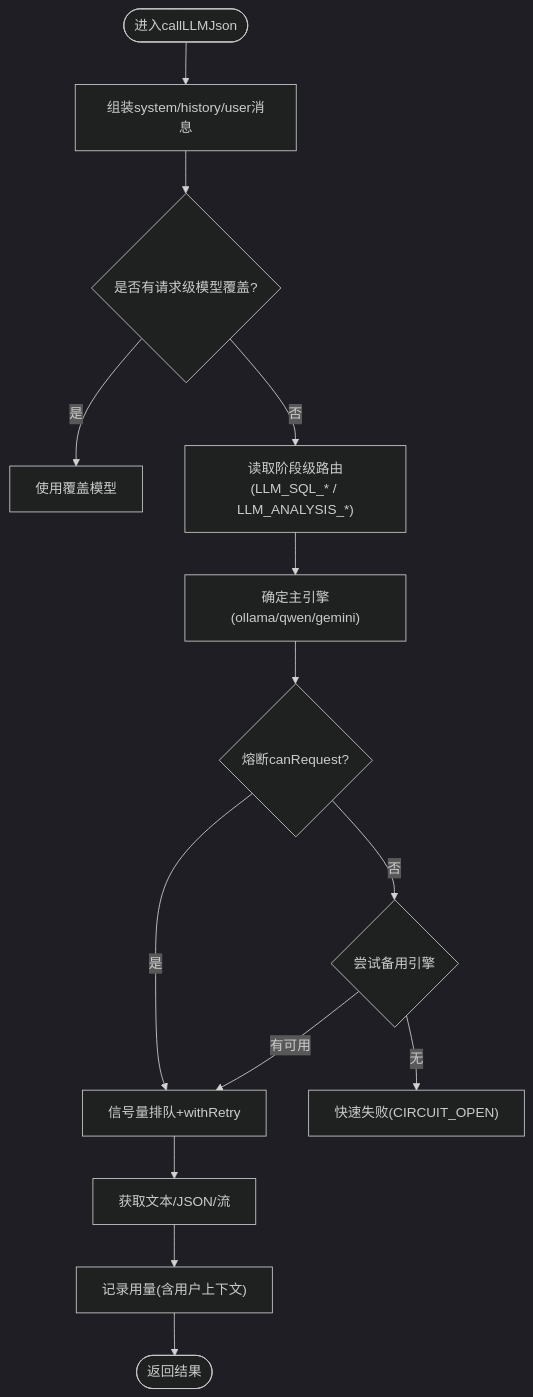
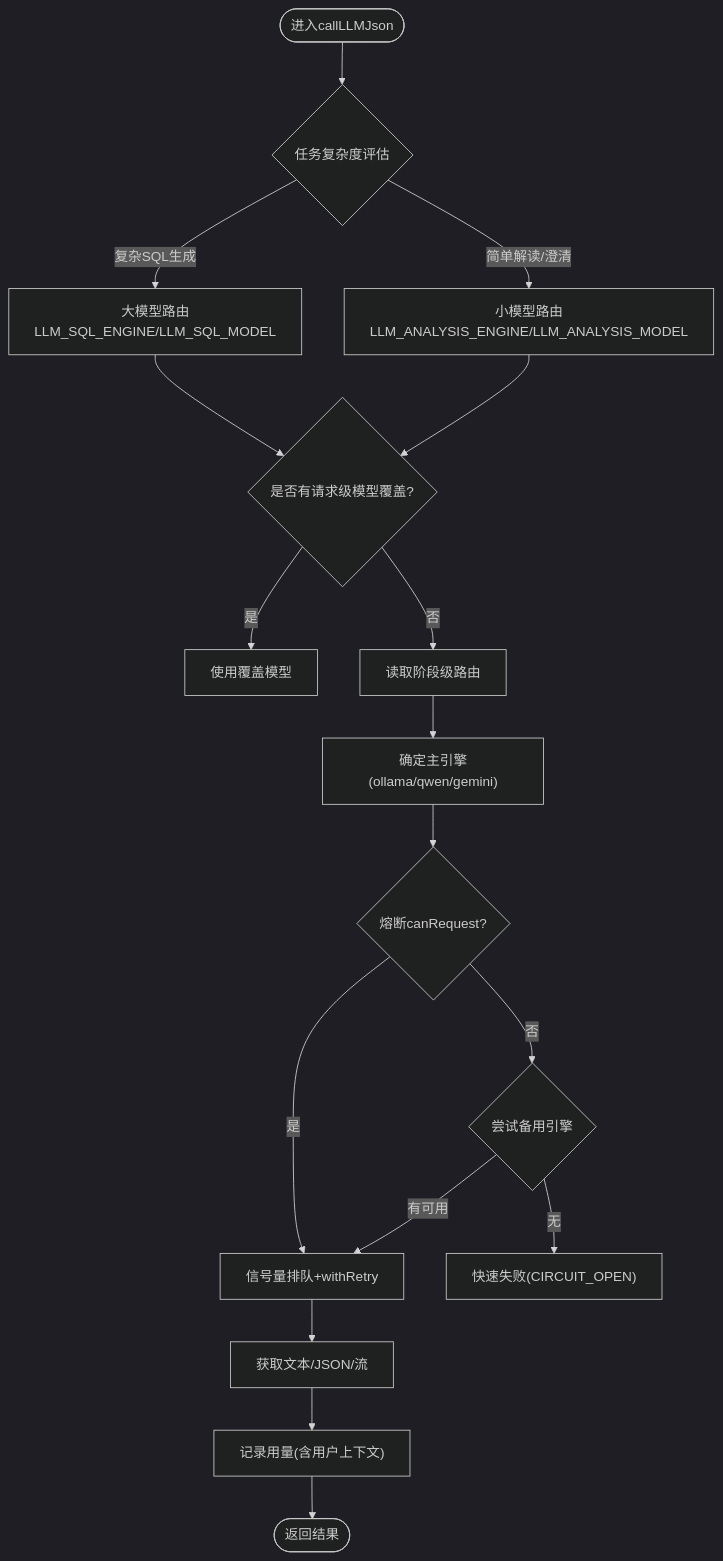
One commit to dgjin/smart-data-analytics changed the third of 6 diagrams in .qoder/repowiki/zh/content/AI与LLM集成/AI与LLM集成.md. Above: the diagram before and after it, drawn with Mermaid (dark theme). The commit also changed other lines of this file and 100 other files, not shown here.

````diff
--- a/.qoder/repowiki/zh/content/AI与LLM集成/AI与LLM集成.md
+++ b/.qoder/repowiki/zh/content/AI与LLM集成/AI与LLM集成.md
@@ -149,16 +157,19 @@
 ```mermaid
 flowchart TD
-Start(["进入callLLMJson"]) --> BuildMsg["组装system/history/user消息"]
-BuildMsg --> Route{"是否有请求级模型覆盖?"}
-Route --> |是| UseOverride["使用覆盖模型"]
-Route --> |否| StageRoute["读取阶段级路由(LLM_SQL_* / LLM_ANALYSIS_*)"]
+Start(["进入callLLMJson"]) --> Complexity{"任务复杂度评估"}
+Complexity --> |复杂SQL生成| LargeModel["大模型路由<br/>LLM_SQL_ENGINE/LLM_SQL_MODEL"]
+Complexity --> |简单解读/澄清| SmallModel["小模型路由<br/>LLM_ANALYSIS_ENGINE/LLM_ANALYSIS_MODEL"]
+LargeModel --> RouteCheck{"是否有请求级模型覆盖?"}
+SmallModel --> RouteCheck
+RouteCheck --> |是| UseOverride["使用覆盖模型"]
+RouteCheck --> |否| StageRoute["读取阶段级路由"]
 StageRoute --> EngineSel["确定主引擎(ollama/qwen/gemini)"]
 EngineSel --> CB{"熔断canRequest?"}
 CB --> |否| Failover{"尝试备用引擎"}
 CB --> |是| CallCh["信号量排队+withRetry"]
 Failover --> |有可用| CallCh
 Failover --> |无| CircuitOpen["快速失败(CIRCUIT_OPEN)"]
 CallCh --> Resp["获取文本/JSON/流"]
 Resp --> Usage["记录用量(含用户上下文)"]
 Usage --> End(["返回结果"])
 ```
````
